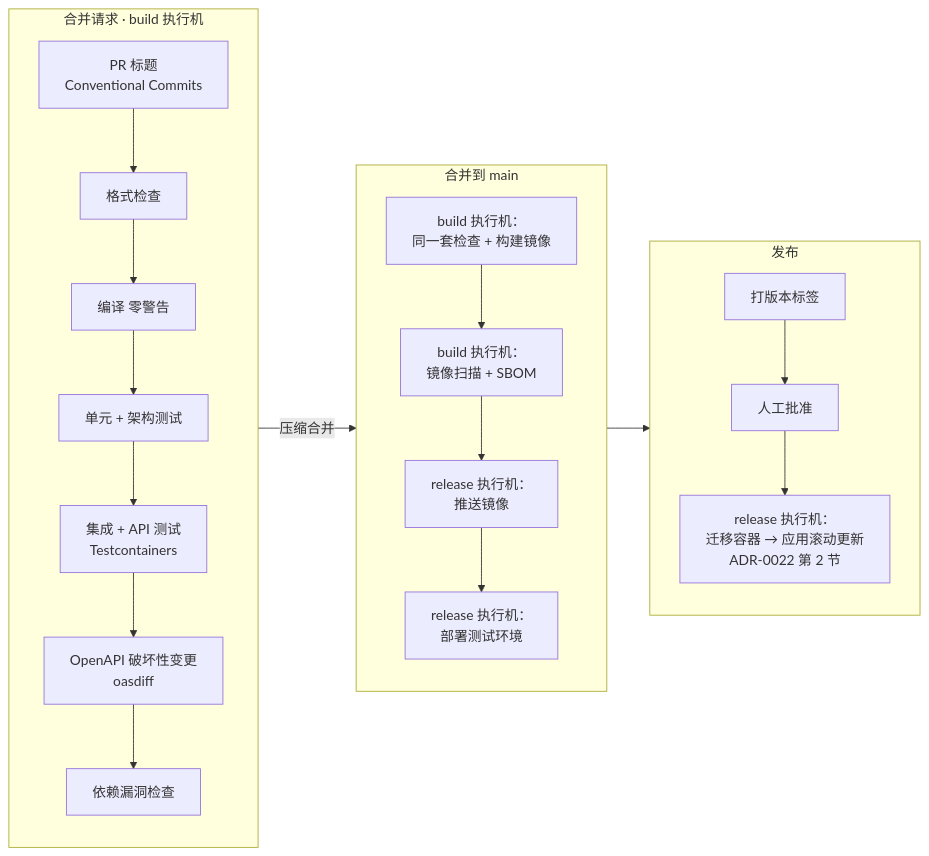
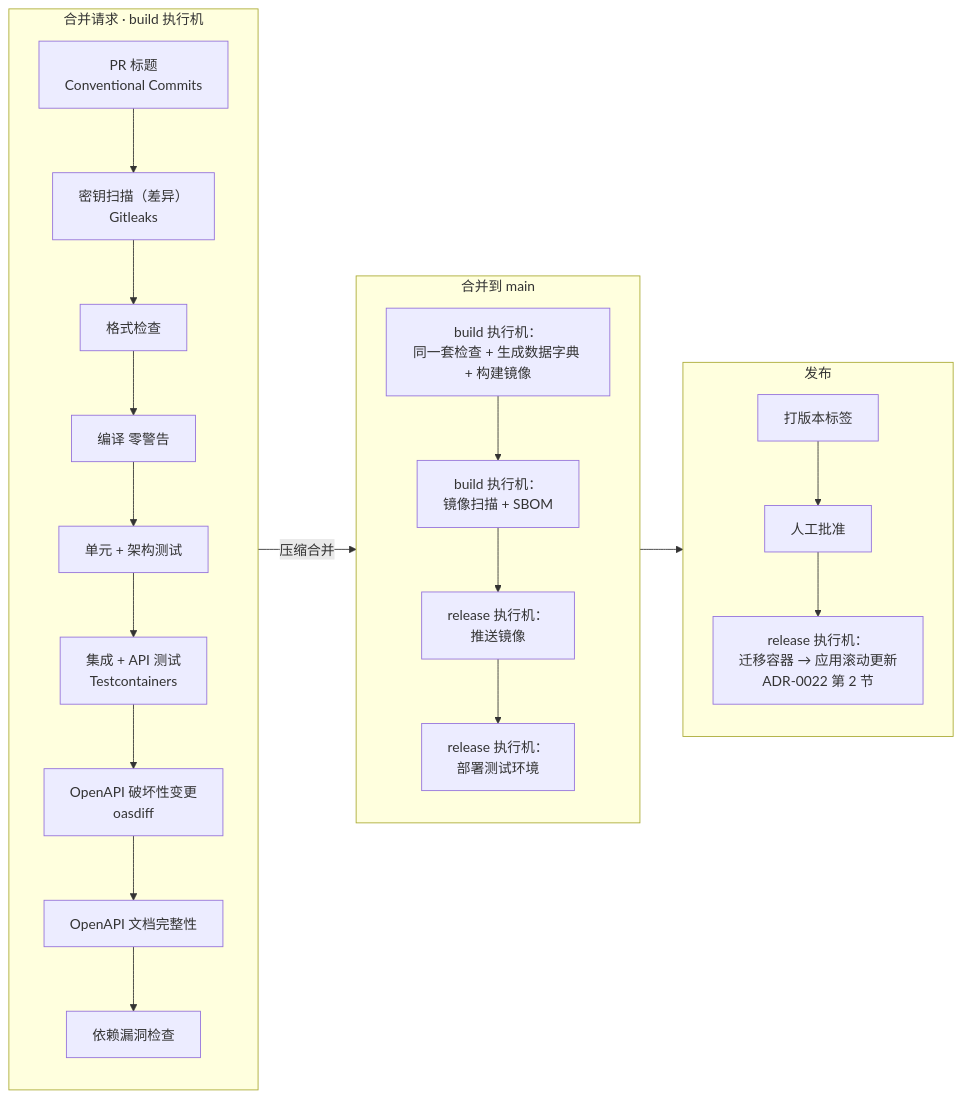
The diagram in docs/framework/adr/0032-CI-CD平台镜像仓库与镜像扫描.md (gw-hhh/KMIC.Platform), drawn with Mermaid before and after one commit. The commit also changed other lines of this file and 18 other files, not shown here.

````diff
--- a/docs/framework/adr/0032-CI-CD平台镜像仓库与镜像扫描.md
+++ b/docs/framework/adr/0032-CI-CD平台镜像仓库与镜像扫描.md
@@ -165,14 +177,14 @@
 ```mermaid
 flowchart LR
     subgraph PR[合并请求 · build 执行机]
-        P1[PR 标题<br/>Conventional Commits] --> P2[格式检查] --> P3[编译 零警告] --> P4[单元 + 架构测试] --> P5[集成 + API 测试<br/>Testcontainers] --> P6[OpenAPI 破坏性变更<br/>oasdiff] --> P7[依赖漏洞检查]
+        P1[PR 标题<br/>Conventional Commits] --> PS[密钥扫描（差异）<br/>Gitleaks] --> P2[格式检查] --> P3[编译 零警告] --> P4[单元 + 架构测试] --> P5[集成 + API 测试<br/>Testcontainers] --> P6[OpenAPI 破坏性变更<br/>oasdiff] --> PD[OpenAPI 文档完整性] --> P7[依赖漏洞检查]
     end
     subgraph MAIN[合并到 main]
-        M1[build 执行机：<br/>同一套检查 + 构建镜像] --> M2[build 执行机：<br/>镜像扫描 + SBOM] --> M3[release 执行机：<br/>推送镜像] --> M4[release 执行机：<br/>部署测试环境]
+        M1[build 执行机：<br/>同一套检查 + 生成数据字典 + 构建镜像] --> M2[build 执行机：<br/>镜像扫描 + SBOM] --> M3[release 执行机：<br/>推送镜像] --> M4[release 执行机：<br/>部署测试环境]
     end
     subgraph REL[发布]
         R1[打版本标签] --> R2[人工批准] --> R3[release 执行机：<br/>迁移容器 → 应用滚动更新<br/>ADR-0022 第 2 节]
     end
     PR -->|压缩合并| MAIN
     MAIN --> REL
 ```
````
